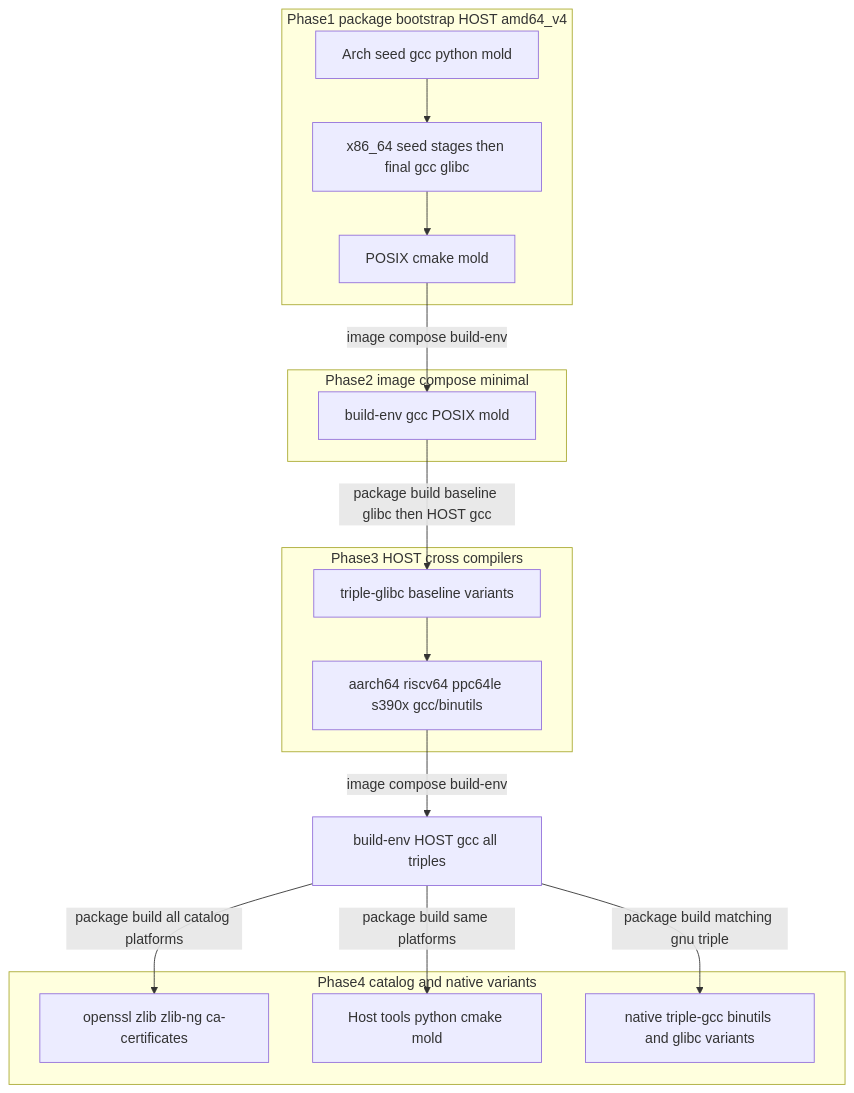
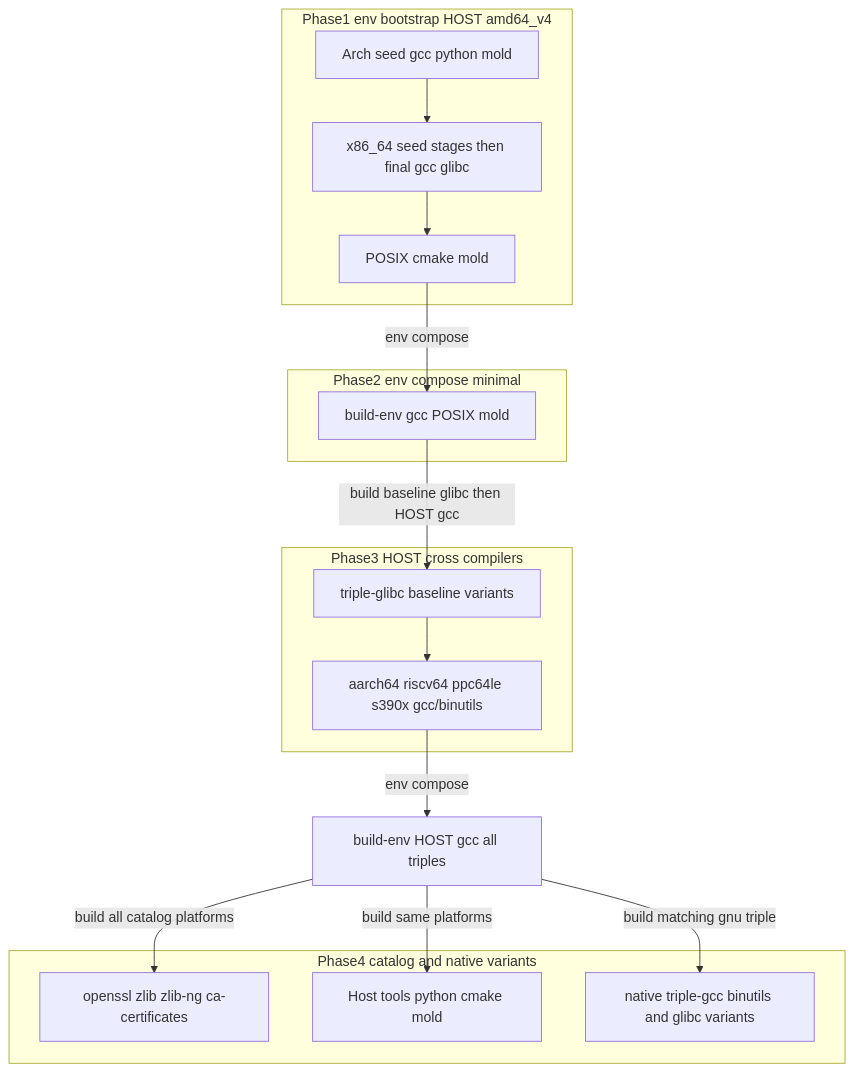
The first of 4 diagrams in docs/package/build-flow.md (glatan/containers), drawn with Mermaid before and after one commit. The commit also changed other lines of this file and 96 other files, not shown here.

````diff
--- a/docs/package/build-flow.md
+++ b/docs/package/build-flow.md
@@ -9,28 +9,28 @@
 ```mermaid
 flowchart TD
-  subgraph phase1 [Phase1 package bootstrap HOST amd64_v4]
+  subgraph phase1 [Phase1 env bootstrap HOST amd64_v4]
     arch[Arch seed gcc python mold]
     x86["x86_64 seed stages then final gcc glibc"]
     hostPkgs["POSIX cmake mold"]
     arch --> x86 --> hostPkgs
   end
-  subgraph phase2 [Phase2 image compose minimal]
+  subgraph phase2 [Phase2 env compose minimal]
     env1["build-env gcc POSIX mold"]
   end
   subgraph phase3 [Phase3 HOST cross compilers]
     others["aarch64 riscv64 ppc64le s390x gcc/binutils"]
     glibcNative["triple-glibc baseline variants"]
   end
   subgraph phase4 [Phase4 catalog and native variants]
     catalog["openssl zlib zlib-ng ca-certificates"]
     tools["Host tools python cmake mold"]
     nativeTc["native triple-gcc binutils and glibc variants"]
   end
-  hostPkgs -->|"image compose build-env"| env1
-  env1 -->|"package build baseline glibc then HOST gcc"| glibcNative
+  hostPkgs -->|"env compose"| env1
+  env1 -->|"build baseline glibc then HOST gcc"| glibcNative
   glibcNative --> others
-  others -->|"image compose build-env"| env2["build-env HOST gcc all triples"]
-  env2 -->|"package build all catalog platforms"| catalog
-  env2 -->|"package build same platforms"| tools
-  env2 -->|"package build matching gnu triple"| nativeTc
+  others -->|"env compose"| env2["build-env HOST gcc all triples"]
+  env2 -->|"build all catalog platforms"| catalog
+  env2 -->|"build same platforms"| tools
+  env2 -->|"build matching gnu triple"| nativeTc
 ```
````
